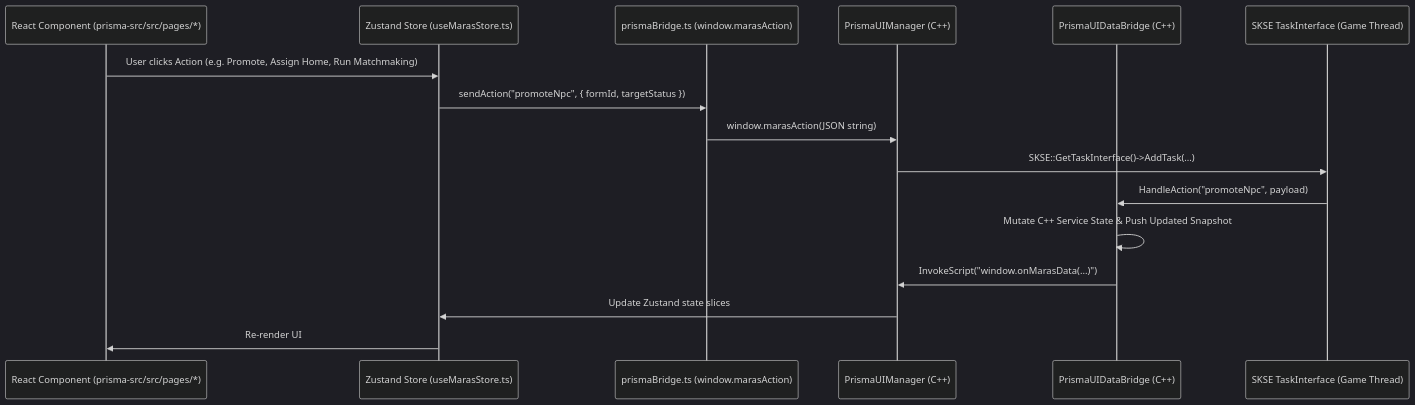
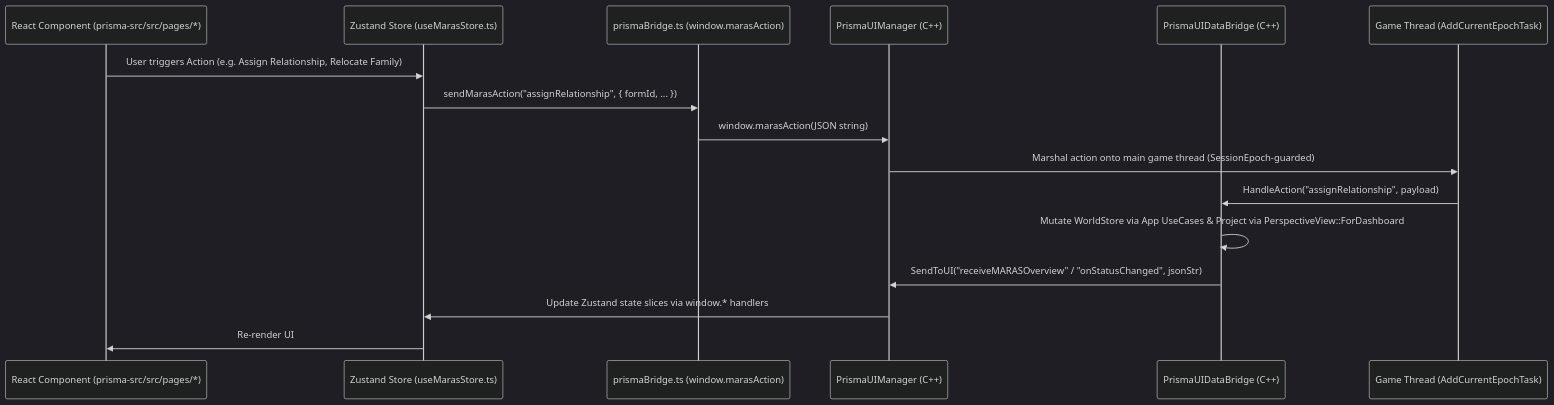
The diagram in docs/modder/API_AND_PRISMA_BRIDGE_REFERENCE.md (tetherball88/maras), drawn with Mermaid (dark theme) before and after one commit. The commit also changed other lines of this file and 120 other files, not shown here.

Commit message:
P4.3 — Final Architectural Sign-Off & Documentation Sync

````diff
--- a/docs/modder/API_AND_PRISMA_BRIDGE_REFERENCE.md
+++ b/docs/modder/API_AND_PRISMA_BRIDGE_REFERENCE.md
@@ -91,19 +100,19 @@
 ```mermaid
 sequenceDiagram
     participant React as React Component (prisma-src/src/pages/*)
     participant Store as Zustand Store (useMarasStore.ts)
     participant BridgeJS as prismaBridge.ts (window.marasAction)
     participant UIMgr as PrismaUIManager (C++)
     participant DataBr as PrismaUIDataBridge (C++)
-    participant GameThread as SKSE TaskInterface (Game Thread)
+    participant GameThread as Game Thread (AddCurrentEpochTask)
 
-    React->>Store: User clicks Action (e.g. Promote, Assign Home, Run Matchmaking)
-    Store->>BridgeJS: sendAction("promoteNpc", { formId, targetStatus })
+    React->>Store: User triggers Action (e.g. Assign Relationship, Relocate Family)
+    Store->>BridgeJS: sendMarasAction("assignRelationship", { formId, ... })
     BridgeJS->>UIMgr: window.marasAction(JSON string)
-    UIMgr->>GameThread: SKSE::GetTaskInterface()->AddTask(...)
-    GameThread->>DataBr: HandleAction("promoteNpc", payload)
-    DataBr->>DataBr: Mutate C++ Service State & Push Updated Snapshot
-    DataBr->>UIMgr: InvokeScript("window.onMarasData(...)")
-    UIMgr->>Store: Update Zustand state slices
+    UIMgr->>GameThread: Marshal action onto main game thread (SessionEpoch-guarded)
+    GameThread->>DataBr: HandleAction("assignRelationship", payload)
+    DataBr->>DataBr: Mutate WorldStore via App UseCases & Project via PerspectiveView::ForDashboard
+    DataBr->>UIMgr: SendToUI("receiveMARASOverview" / "onStatusChanged", jsonStr)
+    UIMgr->>Store: Update Zustand state slices via window.* handlers
     Store->>React: Re-render UI
 ```
````
